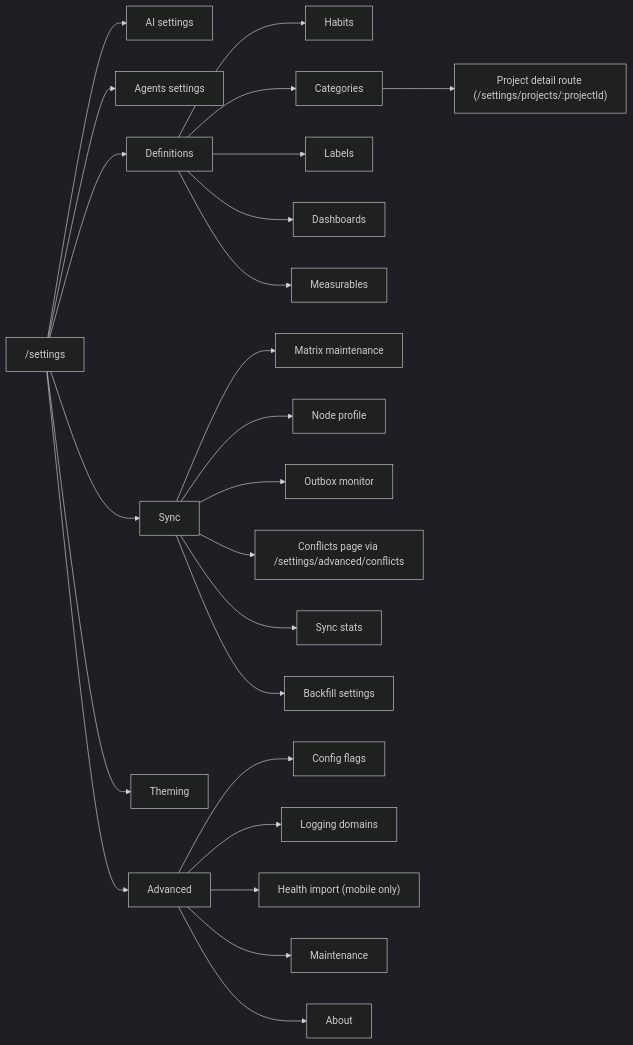
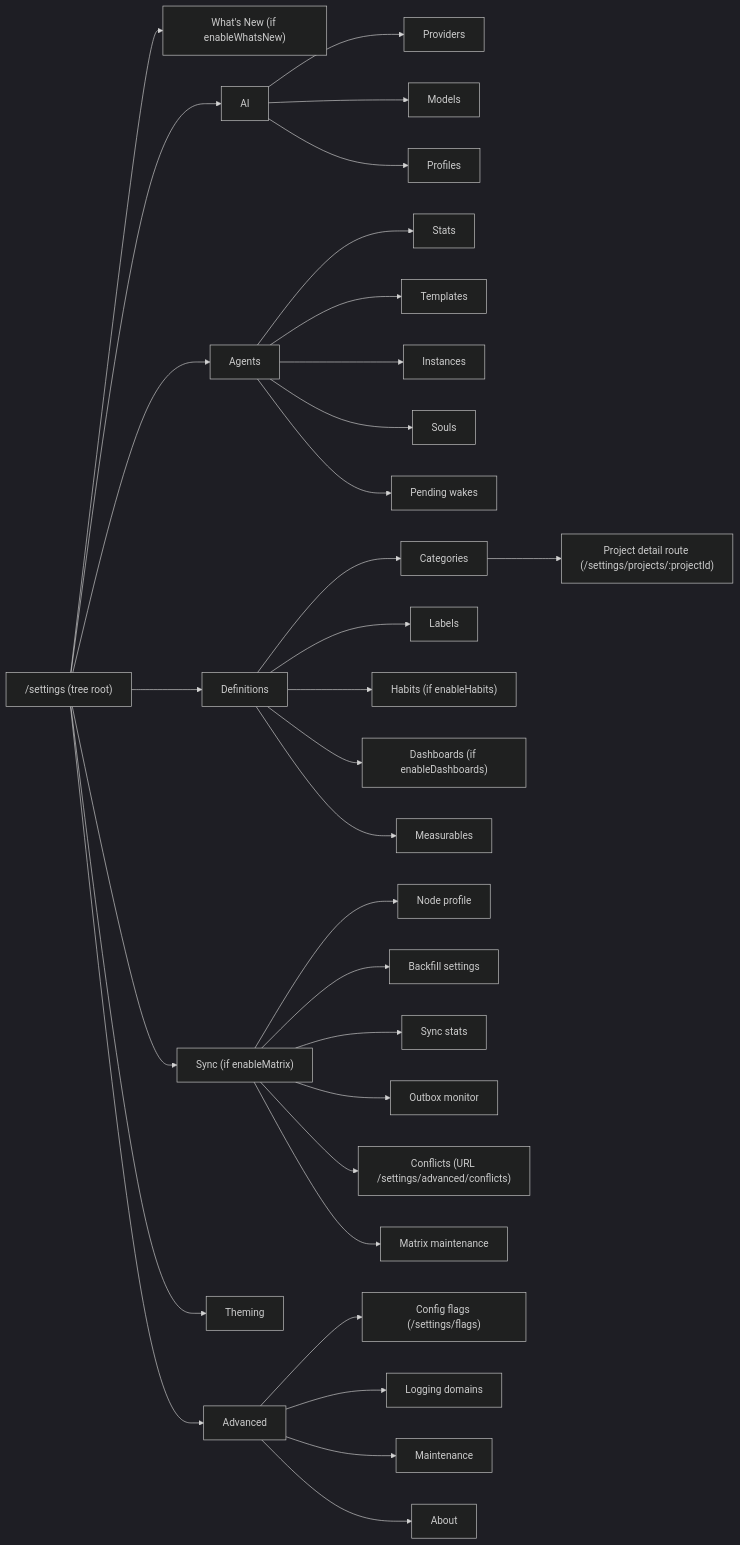
The fourth of 6 diagrams in lib/features/settings/README.md (matthiasn/lotti), drawn with Mermaid (dark theme) before and after one commit. The commit also changed other lines of this file and 9 other files, not shown here.

First line of the commit message:
feat(settings): restore mobile Health Import entry; docs + changelog

````diff
--- a/lib/features/settings/README.md
+++ b/lib/features/settings/README.md
@@ -173,28 +223,38 @@
 ```mermaid
 flowchart LR
-  Landing["/settings"] --> AI["AI settings"]
-  Landing --> Agents["Agents settings"]
-  Landing --> Sync["Sync"]
+  Landing["/settings (tree root)"] --> WhatsNew["What's New (if enableWhatsNew)"]
+  Landing --> AI["AI"]
+  Landing --> Agents["Agents"]
+  Landing --> Sync["Sync (if enableMatrix)"]
   Landing --> Definitions["Definitions"]
   Landing --> Theming["Theming"]
   Landing --> Advanced["Advanced"]
 
-  Definitions --> Habits["Habits"]
+  AI --> Providers["Providers"]
+  AI --> Models["Models"]
+  AI --> Profiles["Profiles"]
+
+  Agents --> AgentsStats["Stats"]
+  Agents --> Templates["Templates"]
+  Agents --> Instances["Instances"]
+  Agents --> Souls["Souls"]
+  Agents --> Pending["Pending wakes"]
+
   Definitions --> Categories["Categories"]
   Definitions --> Labels["Labels"]
-  Definitions --> Dashboards["Dashboards"]
+  Definitions --> Habits["Habits (if enableHabits)"]
+  Definitions --> Dashboards["Dashboards (if enableDashboards)"]
   Definitions --> Measurables["Measurables"]
 
   Categories --> Projects["Project detail route (/settings/projects/:projectId)"]
+  Sync --> NodeProfile["Node profile"]
+  Sync --> Backfill["Backfill settings"]
+  Sync --> Stats["Sync stats"]
+  Sync --> Outbox["Outbox monitor"]
+  Sync --> Conflicts["Conflicts (URL /settings/advanced/conflicts)"]
   Sync --> MatrixMaint["Matrix maintenance"]
-  Sync --> NodeProfile["Node profile"]
-  Sync --> Outbox["Outbox monitor"]
-  Sync --> Conflicts["Conflicts page via /settings/advanced/conflicts"]
-  Sync --> Stats["Sync stats"]
-  Sync --> Backfill["Backfill settings"]
-  Advanced --> Flags["Config flags"]
+  Advanced --> Flags["Config flags (/settings/flags)"]
   Advanced --> Logging["Logging domains"]
-  Advanced --> Health["Health import (mobile only)"]
   Advanced --> Maint["Maintenance"]
   Advanced --> About["About"]
 ```
````
